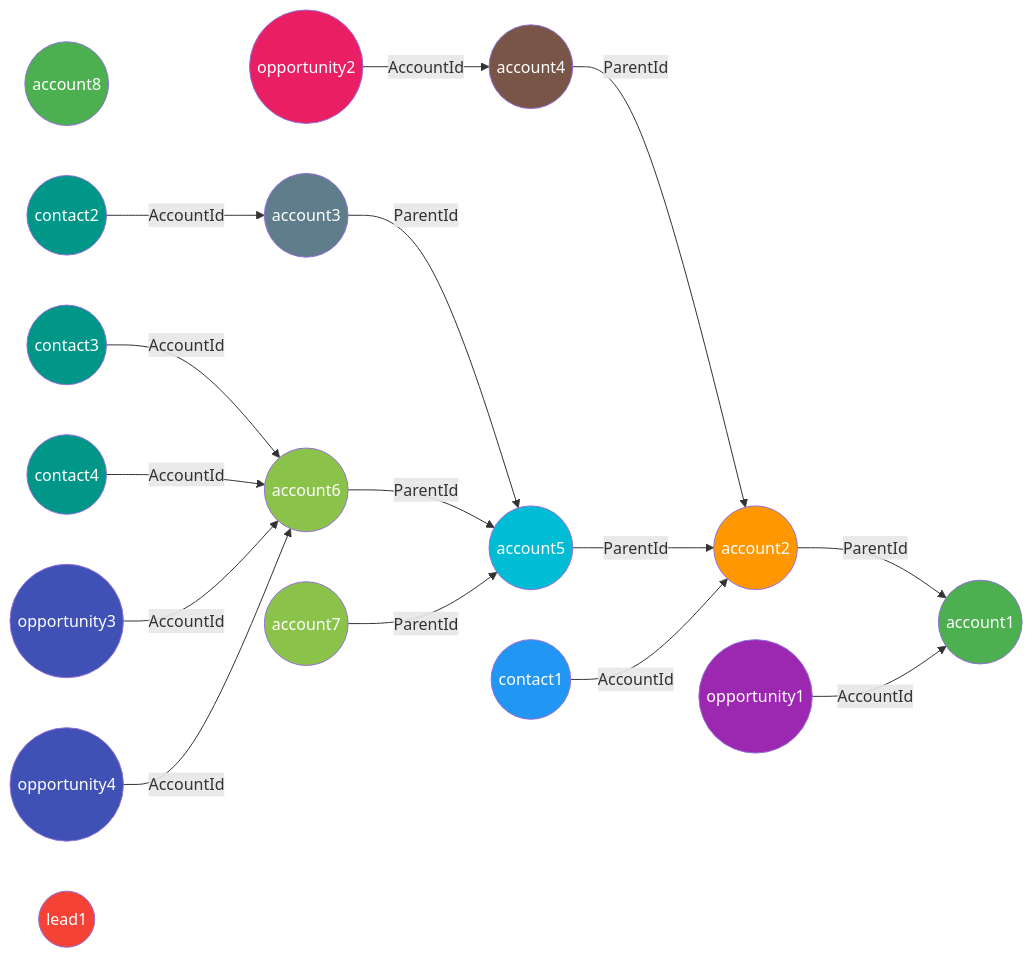
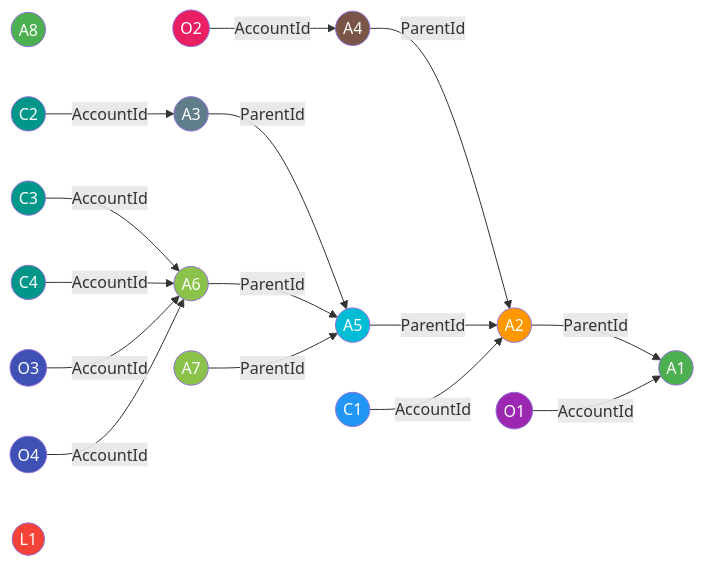
Before and after one commit to tom-gangemi/dml-lib: the diagram in website/architecture/registration.md, drawn with Mermaid.

Commit message:
graph update

````diff
--- a/website/architecture/registration.md
+++ b/website/architecture/registration.md
@@ -135,53 +135,53 @@
 ```mermaid
 graph LR
-    account1((account1))
-    account2((account2))
-    account3((account3))
-    account4((account4))
-    account5((account5))
-    account6((account6))
-    account7((account7))
-    account8((account8))
-    contact1((contact1))
-    contact2((contact2))
-    contact3((contact3))
-    contact4((contact4))
-    opportunity1((opportunity1))
-    opportunity2((opportunity2))
-    opportunity3((opportunity3))
-    opportunity4((opportunity4))
-    lead1((lead1))
+    A1((A1))
+    A2((A2))
+    A3((A3))
+    A4((A4))
+    A5((A5))
+    A6((A6))
+    A7((A7))
+    A8((A8))
+    C1((C1))
+    C2((C2))
+    C3((C3))
+    C4((C4))
+    O1((O1))
+    O2((O2))
+    O3((O3))
+    O4((O4))
+    L1((L1))
 
-    account2 -->|ParentId| account1
-    account4 -->|ParentId| account2
-    account5 -->|ParentId| account2
-    account3 -->|ParentId| account5
-    account6 -->|ParentId| account5
-    account7 -->|ParentId| account5
-    contact1 -->|AccountId| account2
-    contact2 -->|AccountId| account3
-    contact3 -->|AccountId| account6
-    contact4 -->|AccountId| account6
-    opportunity1 -->|AccountId| account1
-    opportunity2 -->|AccountId| account4
-    opportunity3 -->|AccountId| account6
-    opportunity4 -->|AccountId| account6
+    A2 -->|ParentId| A1
+    A4 -->|ParentId| A2
+    A5 -->|ParentId| A2
+    A3 -->|ParentId| A5
+    A6 -->|ParentId| A5
+    A7 -->|ParentId| A5
+    C1 -->|AccountId| A2
+    C2 -->|AccountId| A3
+    C3 -->|AccountId| A6
+    C4 -->|AccountId| A6
+    O1 -->|AccountId| A1
+    O2 -->|AccountId| A4
+    O3 -->|AccountId| A6
+    O4 -->|AccountId| A6
 
-    style account1 fill:#4CAF50,color:#fff
-    style account2 fill:#FF9800,color:#fff
-    style account3 fill:#607D8B,color:#fff
-    style account4 fill:#795548,color:#fff
-    style account5 fill:#00BCD4,color:#fff
-    style account6 fill:#8BC34A,color:#fff
-    style account7 fill:#8BC34A,color:#fff
-    style account8 fill:#4CAF50,color:#fff
-    style contact1 fill:#2196F3,color:#fff
-    style contact2 fill:#009688,color:#fff
-    style contact3 fill:#009688,color:#fff
-    style contact4 fill:#009688,color:#fff
-    style opportunity1 fill:#9C27B0,color:#fff
-    style opportunity2 fill:#E91E63,color:#fff
-    style opportunity3 fill:#3F51B5,color:#fff
-    style opportunity4 fill:#3F51B5,color:#fff
-    style lead1 fill:#F44336,color:#fff
+    style A1 fill:#4CAF50,color:#fff
+    style A2 fill:#FF9800,color:#fff
+    style A3 fill:#607D8B,color:#fff
+    style A4 fill:#795548,color:#fff
+    style A5 fill:#00BCD4,color:#fff
+    style A6 fill:#8BC34A,color:#fff
+    style A7 fill:#8BC34A,color:#fff
+    style A8 fill:#4CAF50,color:#fff
+    style C1 fill:#2196F3,color:#fff
+    style C2 fill:#009688,color:#fff
+    style C3 fill:#009688,color:#fff
+    style C4 fill:#009688,color:#fff
+    style O1 fill:#9C27B0,color:#fff
+    style O2 fill:#E91E63,color:#fff
+    style O3 fill:#3F51B5,color:#fff
+    style O4 fill:#3F51B5,color:#fff
+    style L1 fill:#F44336,color:#fff
 ```
````
